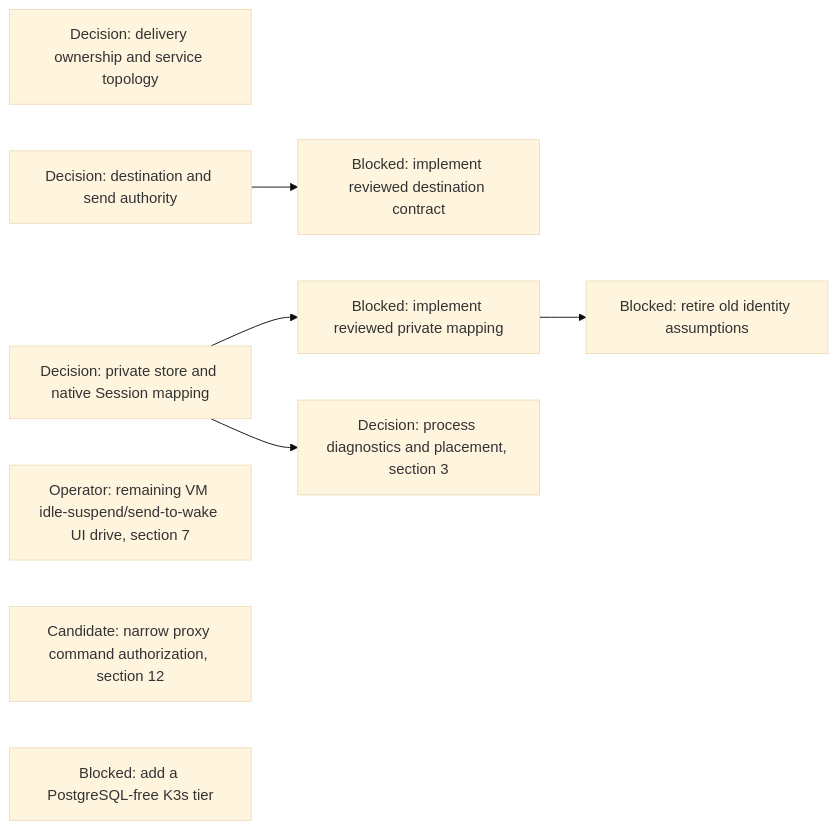
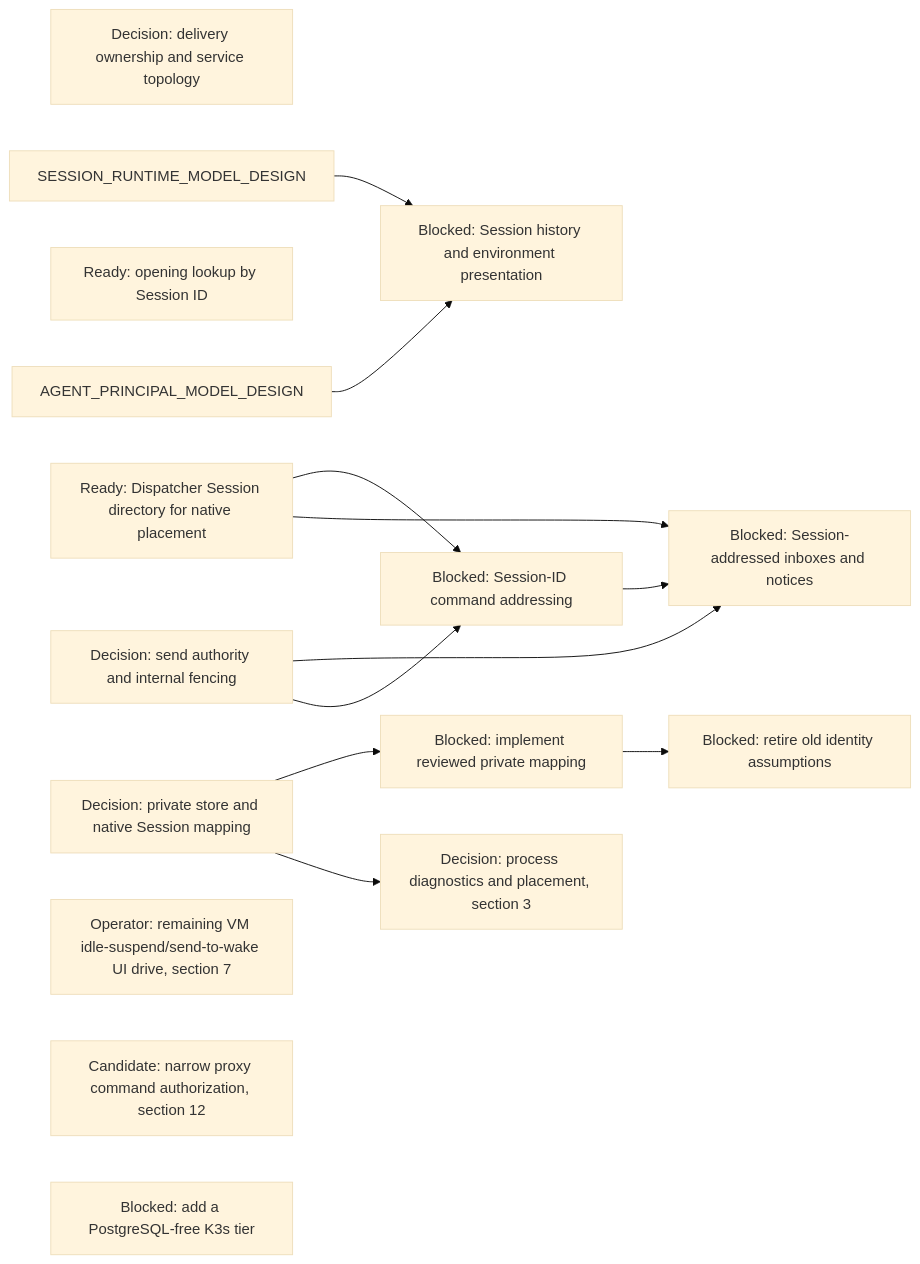
One commit to agentydragon/ducktape changed diagram 15 of 18 in agentplane/plans/task_dag.md. Above: the diagram before and after it, drawn with Mermaid (base theme). The commit also changed other lines of this file and 3 other files, not shown here.

Commit message:
Plan Session ID addressing across Agentplane

````diff
--- a/agentplane/plans/task_dag.md
+++ b/agentplane/plans/task_dag.md
@@ -2050,17 +2050,27 @@
 ```mermaid
 flowchart LR
     DISPATCHER_PERSISTENCE_MODEL_DESIGN[Decision: delivery ownership and service topology]
-    DELIVERY_DESTINATION_AUTHORITY_DESIGN[Decision: destination and send authority]
-    DELIVERY_DESTINATION_CONTRACT[Blocked: implement reviewed destination contract]
+    SESSION_DIRECTORY_NATIVE[Ready: Dispatcher Session directory for native placement]
+    SESSION_OPENING_LOOKUP[Ready: opening lookup by Session ID]
+    DELIVERY_DESTINATION_AUTHORITY_DESIGN[Decision: send authority and internal fencing]
+    DELIVERY_DESTINATION_CONTRACT[Blocked: Session-ID command addressing]
+    SESSION_NOTIFICATION_ADDRESS[Blocked: Session-addressed inboxes and notices]
+    SESSION_HISTORY_PRESENTATION[Blocked: Session history and environment presentation]
+    SESSION_DIRECTORY_NATIVE --> DELIVERY_DESTINATION_CONTRACT
+    SESSION_DIRECTORY_NATIVE --> SESSION_NOTIFICATION_ADDRESS
+    DELIVERY_DESTINATION_AUTHORITY_DESIGN --> SESSION_NOTIFICATION_ADDRESS
+    DELIVERY_DESTINATION_CONTRACT --> SESSION_NOTIFICATION_ADDRESS
+    SESSION_RUNTIME_MODEL_DESIGN --> SESSION_HISTORY_PRESENTATION
+    AGENT_PRINCIPAL_MODEL_DESIGN --> SESSION_HISTORY_PRESENTATION
     HARNESS_IDENTITY_DESIGN[Decision: private store and native Session mapping]
     RUNNER_STORE_SESSION_IDENTITY[Blocked: implement reviewed private mapping]
     RUNNER_IDENTITY_LEGACY_CLEANUP[Blocked: retire old identity assumptions]
     IDLE_SUSPEND_UI_DRIVE[Operator: remaining VM idle-suspend/send-to-wake UI drive, section 7]
     PROXY_START_METHODS_DISPATCHER_ONLY[Candidate: narrow proxy command authorization, section 12]
     RUNNER_HARNESS_OBJECTS_DESIGN[Decision: process diagnostics and placement, section 3]
     CNPG_FREE_K3S_INTEGRATION_TIER[Blocked: add a PostgreSQL-free K3s tier]
     DELIVERY_DESTINATION_AUTHORITY_DESIGN --> DELIVERY_DESTINATION_CONTRACT
     RUNNER_STORE_SESSION_IDENTITY --> RUNNER_IDENTITY_LEGACY_CLEANUP
     HARNESS_IDENTITY_DESIGN --> RUNNER_STORE_SESSION_IDENTITY
     HARNESS_IDENTITY_DESIGN --> RUNNER_HARNESS_OBJECTS_DESIGN
 ```
````
